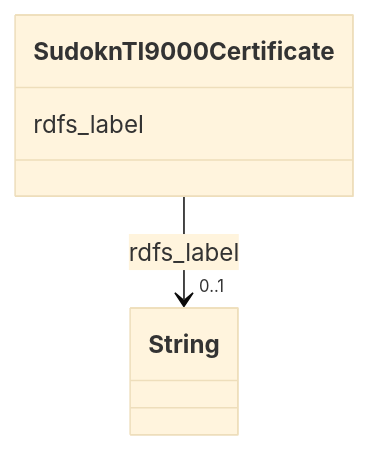
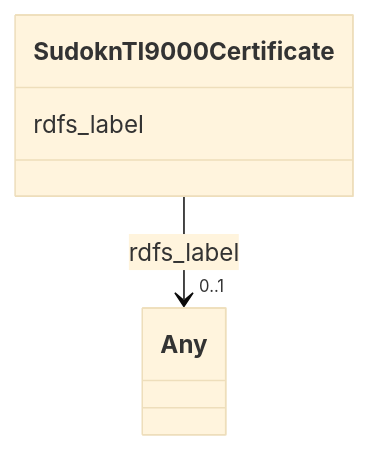
Before and after one commit to frink-okn/graph-descriptions: the diagram in sudokn-kg/classes/SudoknTI9000Certificate.md, drawn with Mermaid (base theme). The commit also changed other lines of this file and 903 other files, not shown here.

````diff
--- a/sudokn-kg/classes/SudoknTI9000Certificate.md
+++ b/sudokn-kg/classes/SudoknTI9000Certificate.md
@@ -23,15 +18,15 @@
 ```mermaid
  classDiagram
     class SudoknTI9000Certificate
     click SudoknTI9000Certificate href "../SudoknTI9000Certificate"
       SudoknTI9000Certificate : rdfs_label
         
           
     
     
-    SudoknTI9000Certificate --> "0..1" String : rdfs_label
-    click String href "../String"
+    SudoknTI9000Certificate --> "0..1" Any : rdfs_label
+    click Any href "../Any"
 
         
       
 ```
````
